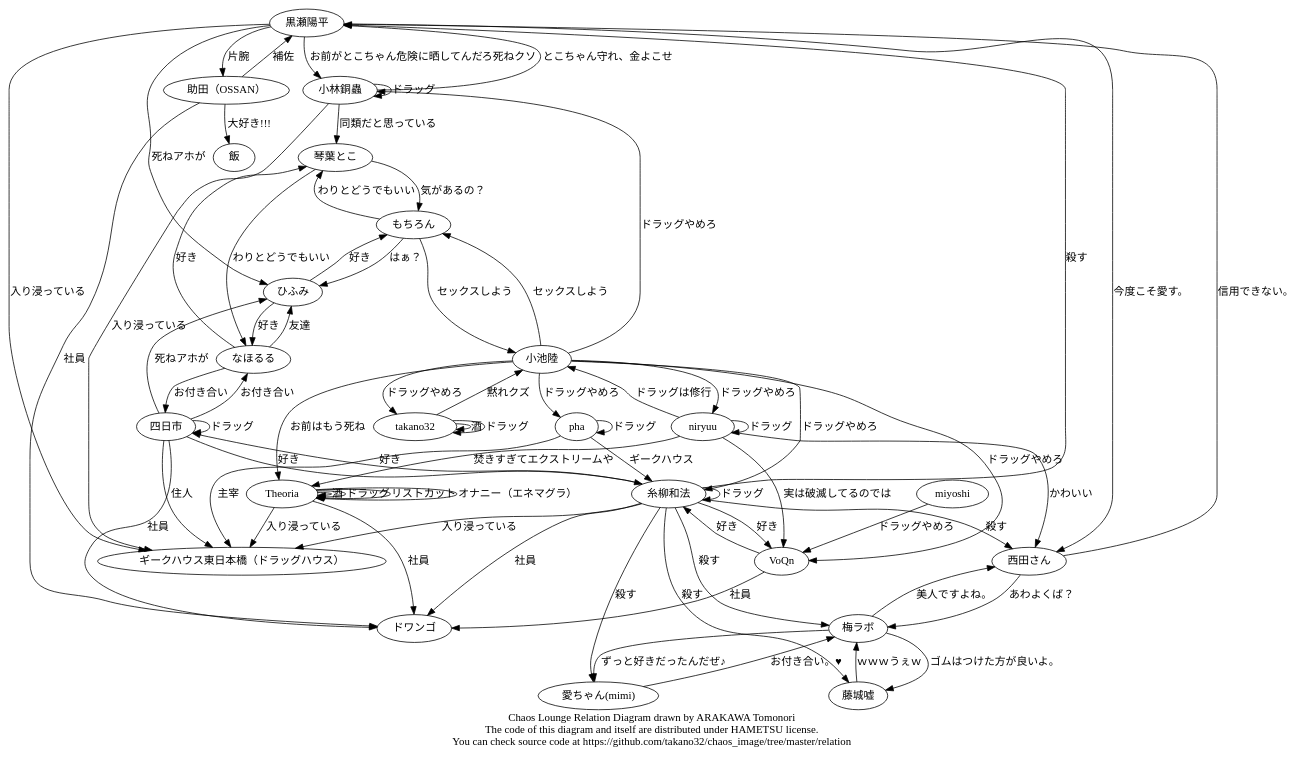
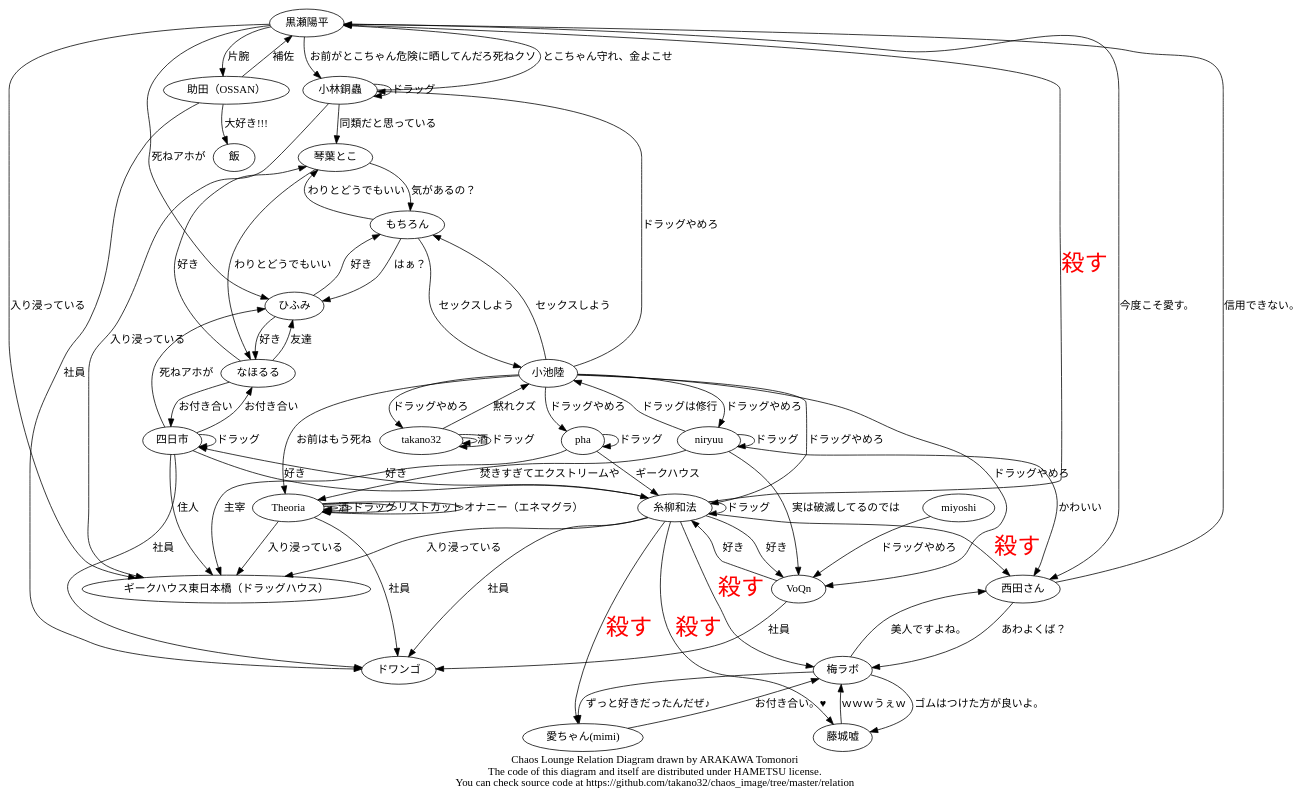
Before and after one commit to hametsu/chaos_image: the diagram in relation/chaos.dot, drawn with Graphviz.

Commit message:
fontsize, fontcolor設定

```diff
--- a/relation/chaos.dot
+++ b/relation/chaos.dot
@@ -1,83 +1,83 @@
 digraph Chaos {
   Theoria   -> Theoria  [label = "酒"];
   Theoria   -> Theoria  [label = "ドラッグ"];
   Theoria   -> Theoria  [label = "リストカット"];
   Theoria   -> Theoria  [label = "オナニー（エネマグラ）"];
   梅ラボ    -> 藤城嘘   [label = "ゴムはつけた方が良いよ。"];
   梅ラボ    -> 西田さん [label = "美人ですよね。"];
   梅ラボ -> "愛ちゃん(mimi)" [label = "ずっと好きだったんだぜ♪"];
   藤城嘘   -> 梅ラボ   [label = "ｗｗｗうぇｗ"];
   西田さん -> 梅ラボ   [label = "あわよくば？"];
   西田さん -> 黒瀬陽平 [label = "信用できない。"];
   黒瀬陽平 -> 西田さん [label = "今度こそ愛す。"];
   黒瀬陽平 -> 小林銅蟲 [label = "お前がとこちゃん危険に晒してんだろ死ねクソ"];
   黒瀬陽平 -> ひふみ [label = "死ねアホが"];
   黒瀬陽平 -> 助田（OSSAN） [label =  "片腕"];
   助田（OSSAN） -> 黒瀬陽平 [label = "補佐"];
   助田（OSSAN） -> 飯 [label = "大好き!!!"];
   "愛ちゃん(mimi)" -> 梅ラボ [label = "お付き合い。♥"];
-  糸柳和法 -> 梅ラボ  [label = "殺す"];
-  糸柳和法 -> 藤城嘘   [label = "殺す"];
-  糸柳和法 -> 黒瀬陽平 [label = "殺す"];
-  糸柳和法 -> 西田さん [label = "殺す"];
-  糸柳和法 -> "愛ちゃん(mimi)" [label = "殺す"];
+  糸柳和法 -> 梅ラボ  [label = "殺す", fontsize=30, fontcolor="red"];
+  糸柳和法 -> 藤城嘘   [label = "殺す", fontsize=30, fontcolor="red"];
+  糸柳和法 -> 黒瀬陽平 [label = "殺す", fontsize=30, fontcolor="red"];
+  糸柳和法 -> 西田さん [label = "殺す", fontsize=30, fontcolor="red"];
+  糸柳和法 -> "愛ちゃん(mimi)" [label = "殺す", fontsize=30, fontcolor="red"];
   糸柳和法 -> 四日市 [label = "好き"];
   糸柳和法 -> VoQn [label = "好き"];
   糸柳和法 -> 糸柳和法 [label = "ドラッグ"];
   pha -> 糸柳和法 [label = "ギークハウス"];
   pha -> pha [label = "ドラッグ"];
   小池陸 -> 糸柳和法 [label = "ドラッグやめろ"];
   小池陸 -> takano32 [label = "ドラッグやめろ"];
   小池陸 -> 小林銅蟲 [label = "ドラッグやめろ"];
   小池陸 -> VoQn [label = "ドラッグやめろ"];
   小池陸 -> もちろん [label = "セックスしよう"];
   小池陸 -> niryuu [label = "ドラッグやめろ"];
   小池陸 -> pha [label = "ドラッグやめろ"];
   小池陸 -> Theoria [label = "お前はもう死ね"];
   もちろん -> 小池陸 [label = "セックスしよう"];
   もちろん -> 琴葉とこ [label = "わりとどうでもいい"];
   もちろん -> ひふみ [label = "はぁ？"];
   miyoshi -> VoQn [label = "ドラッグやめろ"];
   小林銅蟲 -> 黒瀬陽平 [label = "とこちゃん守れ、金よこせ"];
   小林銅蟲 -> 琴葉とこ [label = "同類だと思っている"];
   小林銅蟲 -> 小林銅蟲 [label = "ドラッグ"];
   takano32 -> 小池陸 [label = "黙れクズ"];
   takano32 -> takano32 [label = "酒"];
   takano32 -> takano32 [label = "ドラッグ"];
   なほるる -> 琴葉とこ [label = "好き"];
   なほるる -> 四日市 [label = "お付き合い"];
   なほるる -> ひふみ [label = "友達"];
   琴葉とこ -> なほるる [label = "わりとどうでもいい"];
   琴葉とこ -> もちろん [label = "気があるの？"];
   四日市 -> なほるる [label = "お付き合い"];
   四日市 -> 糸柳和法 [label = "好き"];
   四日市 -> 四日市 [label = "ドラッグ"];
   四日市 -> ひふみ [label = "死ねアホが"];
   ひふみ -> なほるる [label = "好き"];
   ひふみ -> もちろん [label = "好き"];
   VoQn -> 糸柳和法 [label = "好き"];
   niryuu -> 小池陸 [label = "ドラッグは修行"];
   niryuu -> niryuu [label = "ドラッグ"];
   niryuu -> Theoria [label = "焚きすぎてエクストリームや"];
   niryuu -> VoQn [label = "実は破滅してるのでは"];
   niryuu -> 西田さん [label = "かわいい"];
 
   糸柳和法 -> ギークハウス東日本橋（ドラッグハウス）[label = "入り浸っている"];
   黒瀬陽平 -> ギークハウス東日本橋（ドラッグハウス）[label = "入り浸っている"];
   Theoria -> ギークハウス東日本橋（ドラッグハウス）[label = "入り浸っている"];
   小林銅蟲 -> ギークハウス東日本橋（ドラッグハウス）[label = "入り浸っている"];
   pha -> ギークハウス東日本橋（ドラッグハウス）[label = "主宰"];
   四日市 -> ギークハウス東日本橋（ドラッグハウス） [label = "住人"];
 
   糸柳和法 -> ドワンゴ [label = "社員"];
   Theoria -> ドワンゴ [label = "社員"];
   VoQn -> ドワンゴ [label = "社員"];
   四日市 -> ドワンゴ [label = "社員"];
   助田（OSSAN） -> ドワンゴ [label = "社員"];
   subgraph cluster_hoge {
     style = filled;
     color = lightgrey;
     // see also http://graphviz.org/content/cluster
   }
   label = "Chaos Lounge Relation Diagram drawn by ARAKAWA Tomonori\nThe code of this diagram and itself are distributed under HAMETSU license.\nYou can check source code at https://github.com/takano32/chaos_image/tree/master/relation";
 }
```
